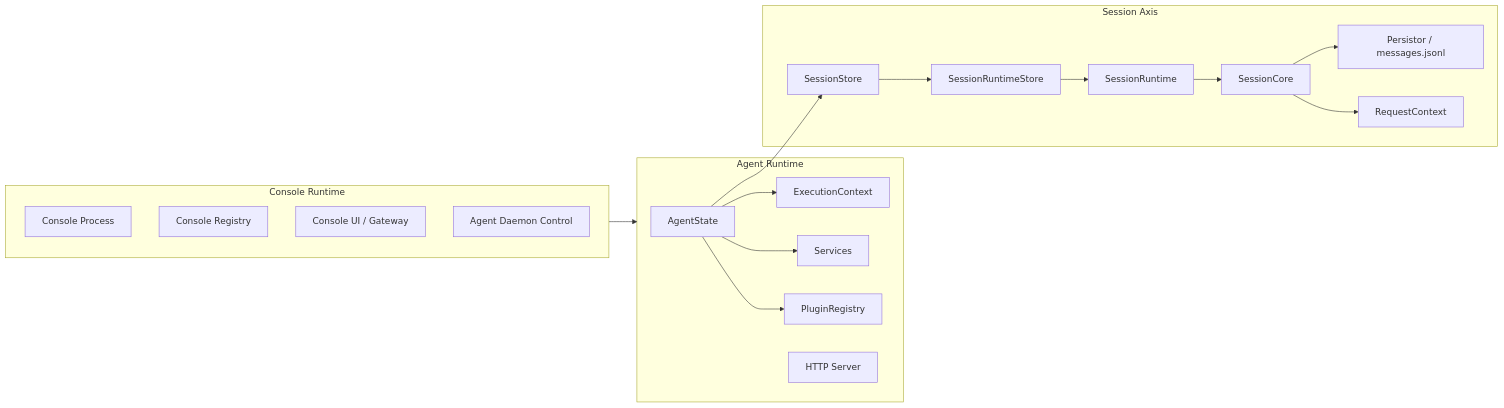
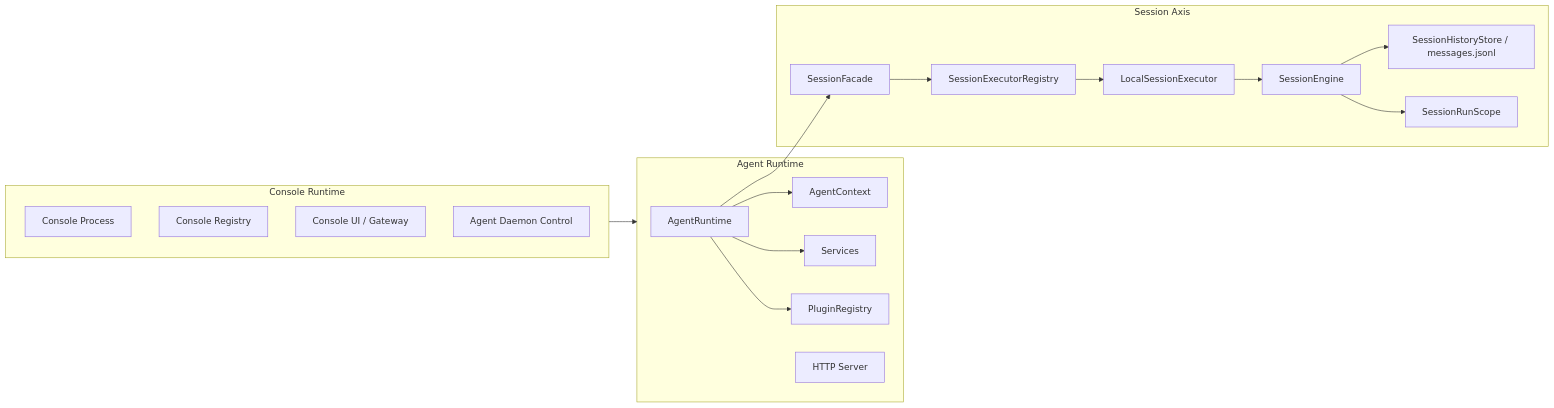
Before and after one commit to wangenius/downcity: the first of 3 diagrams in homepage/content/devdocs/zh/session/console-and-session-runtime.mdx, drawn with Mermaid. The commit also changed other lines of this file and 419 other files, not shown here.

````diff
--- a/homepage/content/devdocs/zh/session/console-and-session-runtime.mdx
+++ b/homepage/content/devdocs/zh/session/console-and-session-runtime.mdx
@@ -48,37 +48,37 @@
 ```mermaid
 flowchart LR
   subgraph Console["Console Runtime"]
     C1["Console Process"]
     C2["Console Registry"]
     C3["Console UI / Gateway"]
     C4["Agent Daemon Control"]
   end
 
   subgraph Agent["Agent Runtime"]
-    A1["AgentState"]
-    A2["ExecutionContext"]
+    A1["AgentRuntime"]
+    A2["AgentContext"]
     A3["Services"]
     A4["PluginRegistry"]
     A5["HTTP Server"]
   end
 
   subgraph Session["Session Axis"]
-    S1["SessionStore"]
-    S2["SessionRuntimeStore"]
-    S3["SessionRuntime"]
-    S4["SessionCore"]
-    S5["Persistor / messages.jsonl"]
-    S6["RequestContext"]
+    S1["SessionFacade"]
+    S2["SessionExecutorRegistry"]
+    S3["LocalSessionExecutor"]
+    S4["SessionEngine"]
+    S5["SessionHistoryStore / messages.jsonl"]
+    S6["SessionRunScope"]
   end
 
   Console --> Agent
   A1 --> A2
   A1 --> A3
   A1 --> A4
   A1 --> S1
   S1 --> S2
   S2 --> S3
   S3 --> S4
   S4 --> S5
   S4 --> S6
 ```
````
